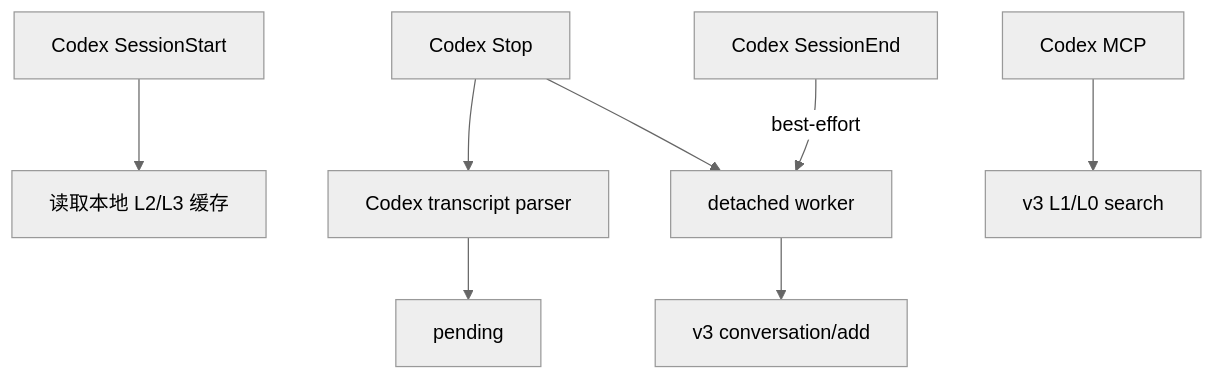
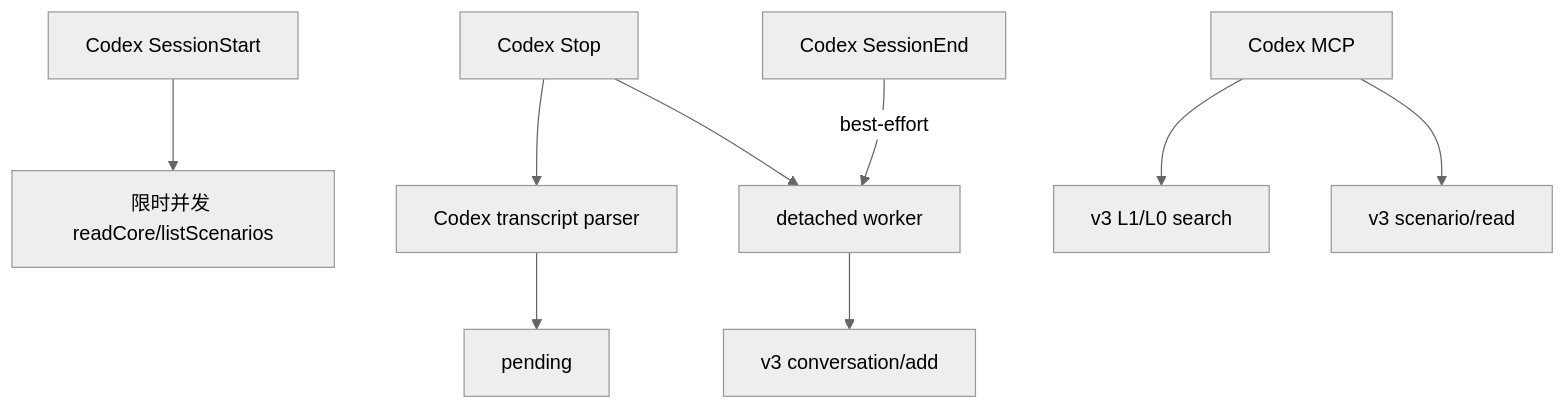
Before and after one commit to TencentCloud/TencentDB-Agent-Memory: the diagram in docs/codex-cli-server-team/spec.md, drawn with Mermaid (neutral theme). The commit also changed other lines of this file and 3 other files, not shown here.

````diff
--- a/docs/codex-cli-server-team/spec.md
+++ b/docs/codex-cli-server-team/spec.md
@@ -81,10 +81,11 @@
 ```mermaid
 flowchart TD
-  SS[Codex SessionStart] --> C[读取本地 L2/L3 缓存]
+  SS[Codex SessionStart] --> C[限时并发 readCore/listScenarios]
   ST[Codex Stop] --> T[Codex transcript parser]
   T --> P[pending]
   ST --> W[detached worker]
   SE[Codex SessionEnd] -->|best-effort| W
   W --> V3[v3 conversation/add]
   MCP[Codex MCP] --> Q[v3 L1/L0 search]
+  MCP --> S[v3 scenario/read]
 ```
````
